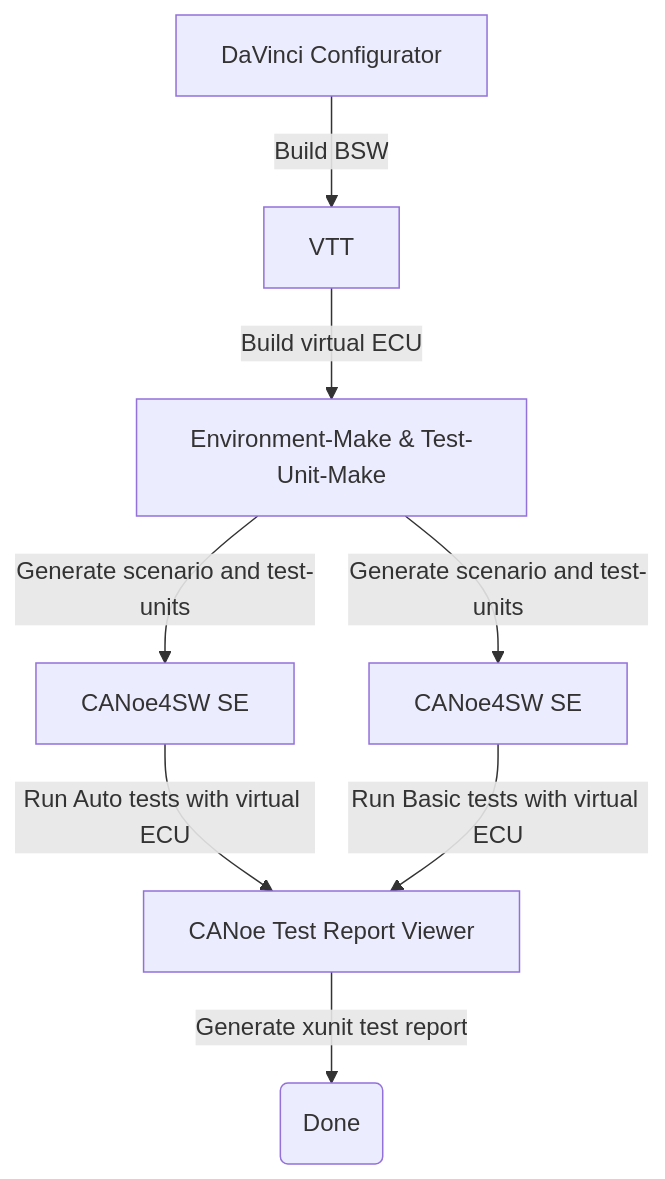
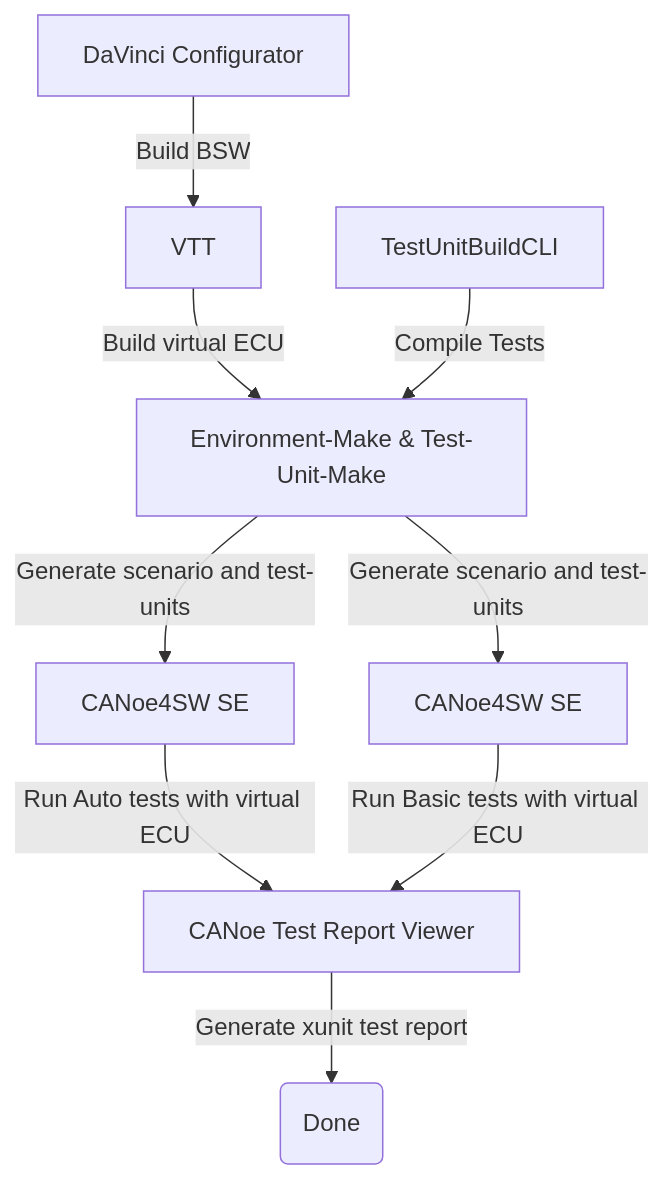
One commit to vectorgrp/ci-siltest-demo changed the diagram in README.md. Above: the diagram before and after it, drawn with Mermaid.

````diff
--- a/README.md
+++ b/README.md
@@ -40,10 +40,12 @@
 ```mermaid
 graph TD
     A[DaVinci Configurator] -->|Build BSW| B[VTT]
     B --> |Build virtual ECU| C[Environment-Make & Test-Unit-Make]
     C --> |Generate scenario and test-units| D[CANoe4SW SE] 
     C --> |Generate scenario and test-units| E[CANoe4SW SE] 
     D --> |Run Auto tests with virtual ECU| F[CANoe Test Report Viewer]
     E --> |Run Basic tests with virtual ECU| F[CANoe Test Report Viewer]
     F --> |Generate xunit test report| G(Done)
+
+    T[TestUnitBuildCLI] --> |Compile Tests| C
 ```
````
